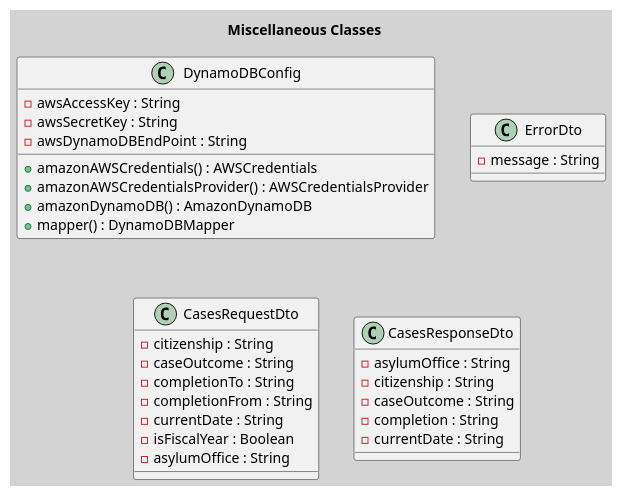
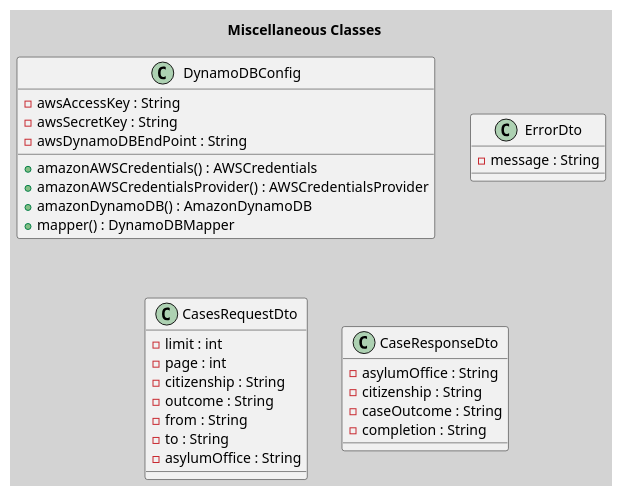
The diagram in documentation/diagrams/RELEASE_1.5_MISC.puml (BloomTech-Labs/asylum-rg-be-a), drawn with PlantUML before and after one commit. The commit also changed 10 other files, not shown here.

```diff
--- a/documentation/diagrams/RELEASE_1.5_MISC.puml
+++ b/documentation/diagrams/RELEASE_1.5_MISC.puml
@@ -1,37 +1,36 @@
 @startuml
 title Miscellaneous Classes
 skinparam backgroundcolor lightgrey
 
 'Config for DynamoDB
 class DynamoDBConfig {
     - awsAccessKey : String
     - awsSecretKey : String
     - awsDynamoDBEndPoint : String
     + amazonAWSCredentials() : AWSCredentials
     + amazonAWSCredentialsProvider() : AWSCredentialsProvider
     + amazonDynamoDB() : AmazonDynamoDB
     + mapper() : DynamoDBMapper
 }
 
 class ErrorDto {
     - message : String
 }
 
 class CasesRequestDto {
+    - limit : int
+    - page : int
     - citizenship : String
-    - caseOutcome : String
-    - completionTo : String
-    - completionFrom : String
-    - currentDate : String
-    - isFiscalYear : Boolean
+    - outcome : String
+    - from : String
+    - to : String
     - asylumOffice : String
 }
 
-class CasesResponseDto {
+class CaseResponseDto {
     - asylumOffice : String
     - citizenship : String
     - caseOutcome : String
     - completion : String
-    - currentDate : String
 }
 @enduml
```
